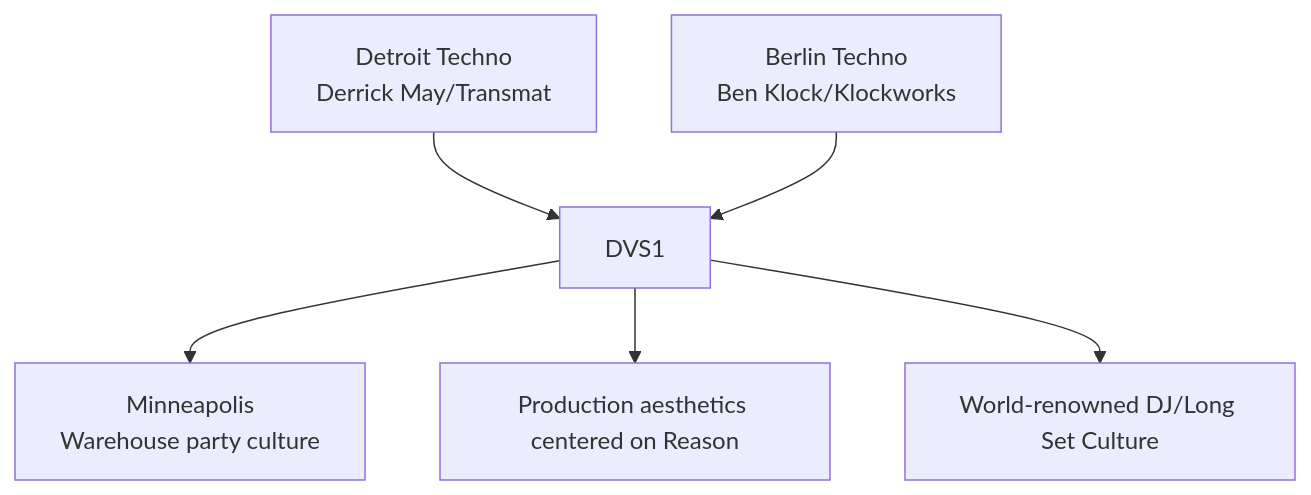
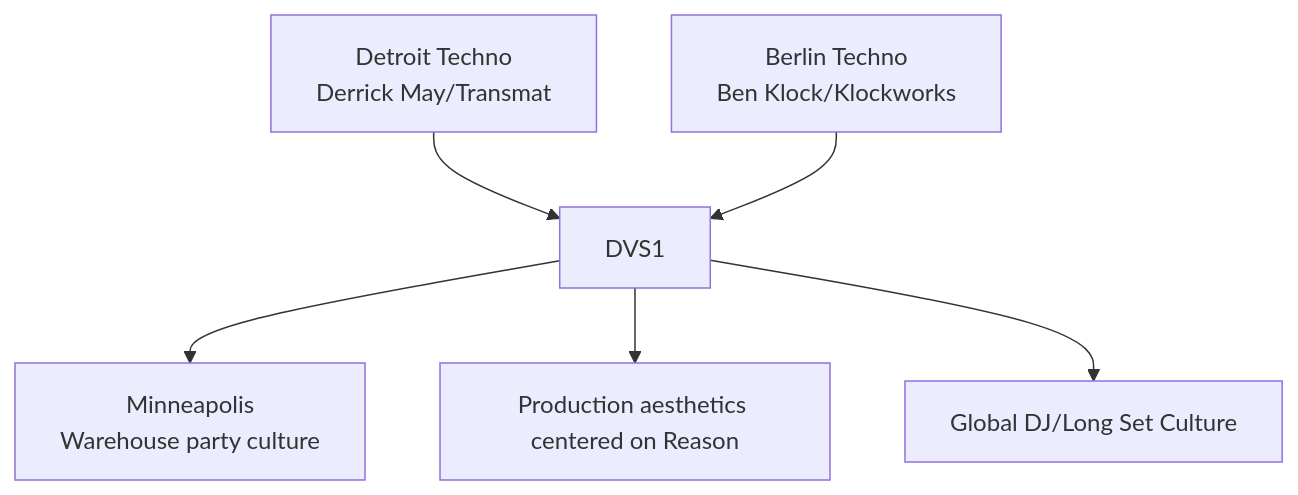
Before and after one commit to monumental-movement/monumental-movement.github.io: the diagram in en/_posts/2025-11-18-column-dvs1.md, drawn with Mermaid. The commit also changed other lines of this file and 435 other files, not shown here.

```diff
--- a/en/_posts/2025-11-18-column-dvs1.md
+++ b/en/_posts/2025-11-18-column-dvs1.md
@@ -249,10 +249,10 @@
 <div class="mermaid">
 
 graph TD
 A[Detroit Techno<br>Derrick May/Transmat] --> C[DVS1]
 B[Berlin Techno<br>Ben Klock/Klockworks] --> C
 C --> D[Minneapolis<br>Warehouse party culture]
 C --> E[Production aesthetics centered on Reason]
-C --> F[World-renowned DJ/Long Set Culture]
+C --> F[Global DJ/Long Set Culture]
 
 </div>
```
